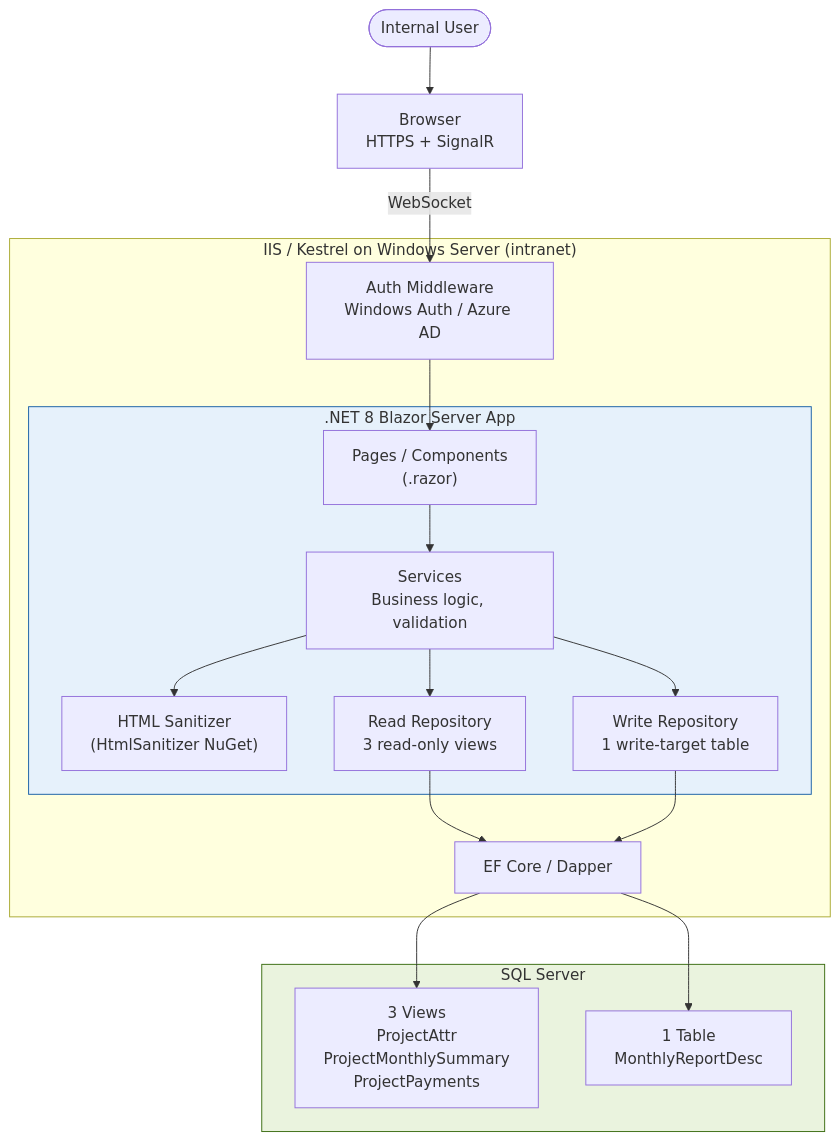
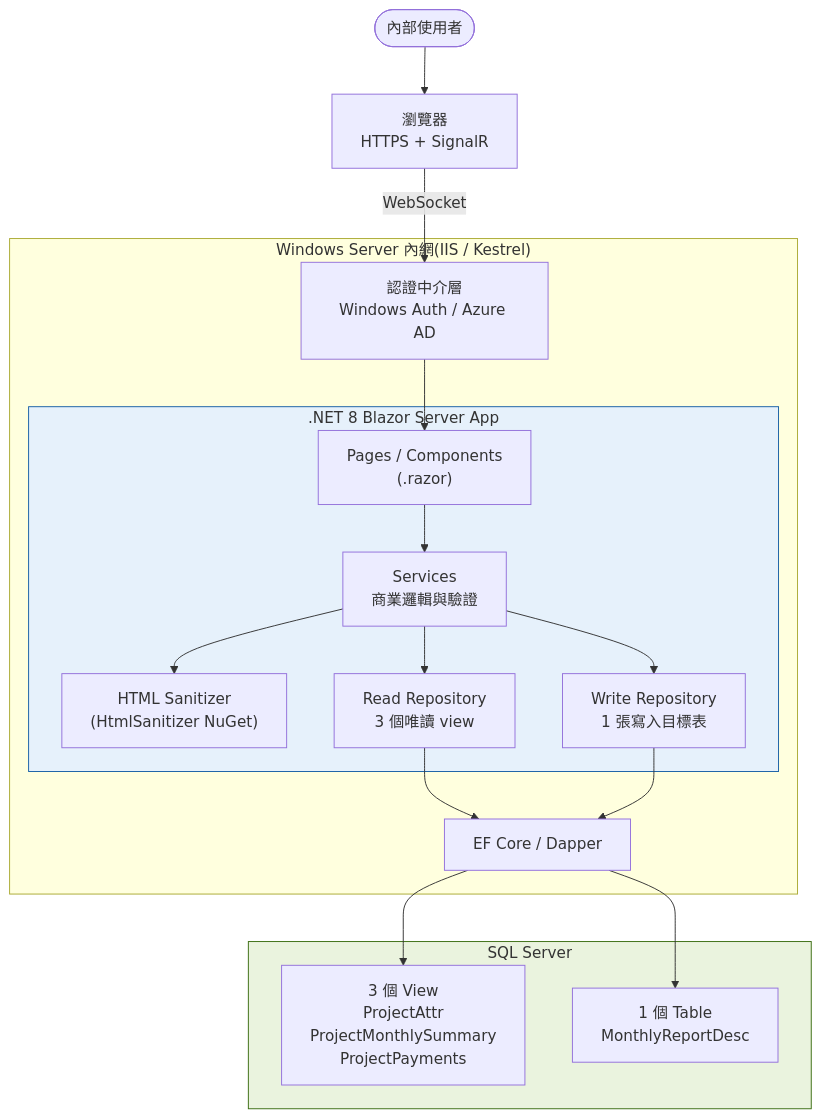
One commit to weixiang1130/Monthly-Cost-Control-Report changed the second of 8 diagrams in docs/ARCHITECTURE.md. Above: the diagram before and after it, drawn with Mermaid. The commit also changed other lines of this file and 5 other files, not shown here.

````diff
--- a/docs/ARCHITECTURE.md
+++ b/docs/ARCHITECTURE.md
@@ -43,39 +43,39 @@
 ```mermaid
 flowchart TB
-    User([Internal User])
-    Browser["Browser<br/>HTTPS + SignalR"]
+    User([內部使用者])
+    Browser["瀏覽器<br/>HTTPS + SignalR"]
 
-    subgraph AppHost["IIS / Kestrel on Windows Server (intranet)"]
-        Auth["Auth Middleware<br/>Windows Auth / Azure AD"]
+    subgraph AppHost["Windows Server 內網(IIS / Kestrel)"]
+        Auth["認證中介層<br/>Windows Auth / Azure AD"]
 
         subgraph BlazorApp[".NET 8 Blazor Server App"]
             Pages["Pages / Components<br/>(.razor)"]
-            Services["Services<br/>Business logic, validation"]
+            Services["Services<br/>商業邏輯與驗證"]
             Sanitizer["HTML Sanitizer<br/>(HtmlSanitizer NuGet)"]
-            ReadRepo["Read Repository<br/>3 read-only views"]
-            WriteRepo["Write Repository<br/>1 write-target table"]
+            ReadRepo["Read Repository<br/>3 個唯讀 view"]
+            WriteRepo["Write Repository<br/>1 張寫入目標表"]
         end
 
         Data["EF Core / Dapper"]
     end
 
     subgraph SQLServer["SQL Server"]
-        Views["3 Views<br/>ProjectAttr<br/>ProjectMonthlySummary<br/>ProjectPayments"]
-        WriteTable["1 Table<br/>MonthlyReportDesc"]
+        Views["3 個 View<br/>ProjectAttr<br/>ProjectMonthlySummary<br/>ProjectPayments"]
+        WriteTable["1 個 Table<br/>MonthlyReportDesc"]
     end
 
     User --> Browser
     Browser -->|WebSocket| Auth
     Auth --> Pages
     Pages --> Services
     Services --> Sanitizer
     Services --> ReadRepo
     Services --> WriteRepo
     ReadRepo --> Data
     WriteRepo --> Data
     Data --> Views
     Data --> WriteTable
 
     style BlazorApp fill:#e6f1fb,stroke:#185fa5
     style SQLServer fill:#eaf3de,stroke:#3b6d11
 ```
````
